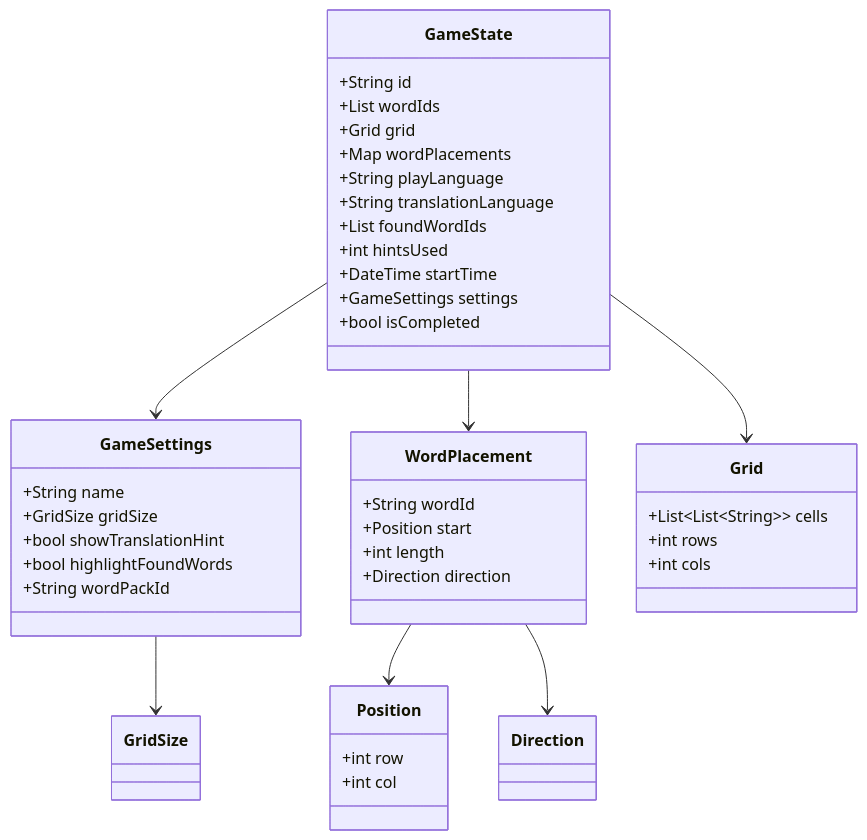
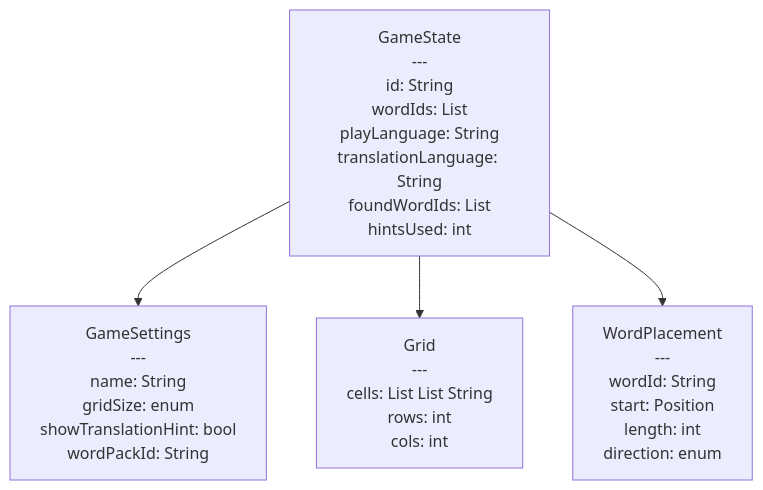
The second of 5 diagrams in docs/architecture/class-diagram.md (SaschaKay/play-and-translate-2), drawn with Mermaid before and after one commit. The commit also changed other lines of this file, not shown here.

First line of the commit message:
Revise class diagram

````diff
--- a/docs/architecture/class-diagram.md
+++ b/docs/architecture/class-diagram.md
@@ -60,49 +29,14 @@
 ```mermaid
-classDiagram
-    class GameState {
-        +String id
-        +List wordIds
-        +Grid grid
-        +Map wordPlacements
-        +String playLanguage
-        +String translationLanguage
-        +List foundWordIds
-        +int hintsUsed
-        +DateTime startTime
-        +GameSettings settings
-        +bool isCompleted
-    }
-
-    class GameSettings {
-        +String name
-        +GridSize gridSize
-        +bool showTranslationHint
-        +bool highlightFoundWords
-        +String wordPackId
-    }
-
-    class WordPlacement {
-        +String wordId
-        +Position start
-        +int length
-        +Direction direction
-    }
-
-    class Grid {
-        +List~List~String~~ cells
-        +int rows
-        +int cols
-    }
-
-    class Position {
-        +int row
-        +int col
-    }
-
+graph TB
+    GameState[GameState<br/>---<br/>id: String<br/>wordIds: List<br/>playLanguage: String<br/>translationLanguage: String<br/>foundWordIds: List<br/>hintsUsed: int]
+    
+    GameSettings[GameSettings<br/>---<br/>name: String<br/>gridSize: enum<br/>showTranslationHint: bool<br/>wordPackId: String]
+    
+    Grid[Grid<br/>---<br/>cells: List List String<br/>rows: int<br/>cols: int]
+    
+    WordPlacement[WordPlacement<br/>---<br/>wordId: String<br/>start: Position<br/>length: int<br/>direction: enum]
+    
     GameState --> GameSettings
     GameState --> Grid
     GameState --> WordPlacement
-    WordPlacement --> Position
-    WordPlacement --> Direction
-    GameSettings --> GridSize
 ```
````
